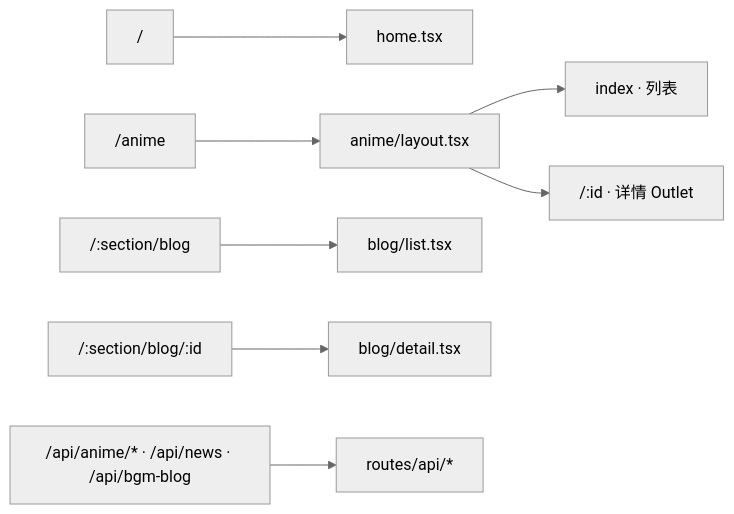
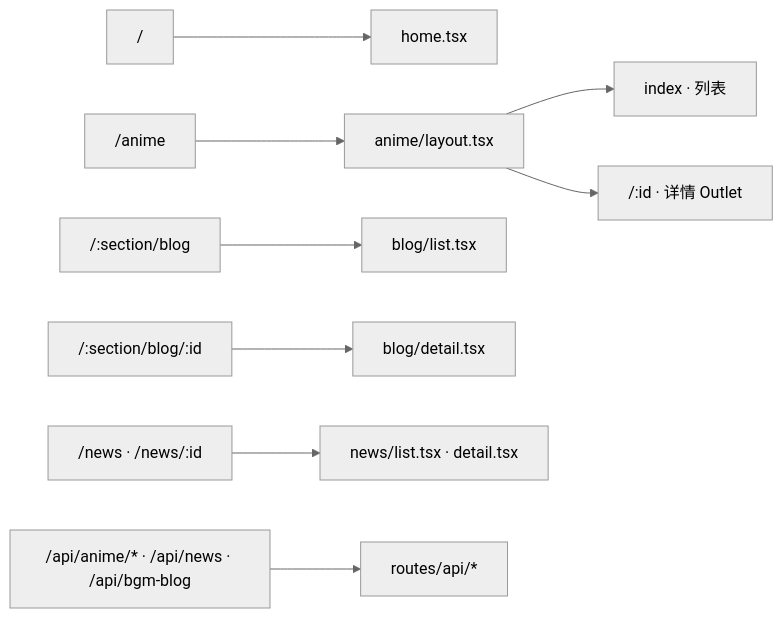
One commit to yitom486/animate-site changed the second of 8 diagrams in docs/architecture.md. Above: the diagram before and after it, drawn with Mermaid (neutral theme). The commit also changed other lines of this file and 2 other files, not shown here.

Commit message:
docs(news): record D1 deployment and production verification

````diff
--- a/docs/architecture.md
+++ b/docs/architecture.md
@@ -46,10 +56,11 @@
 ```mermaid
 flowchart LR
   Home["/"] --> HomePage[home.tsx]
   Anime["/anime"] --> Layout[anime/layout.tsx]
   Layout --> Index["index · 列表"]
   Layout --> Detail["/:id · 详情 Outlet"]
   BlogList["/:section/blog"] --> BlogL[blog/list.tsx]
   BlogDetail["/:section/blog/:id"] --> BlogD[blog/detail.tsx]
+  News["/news · /news/:id"] --> NewsPages[news/list.tsx · detail.tsx]
   Api["/api/anime/* · /api/news · /api/bgm-blog"] --> ApiR[routes/api/*]
 ```
````
